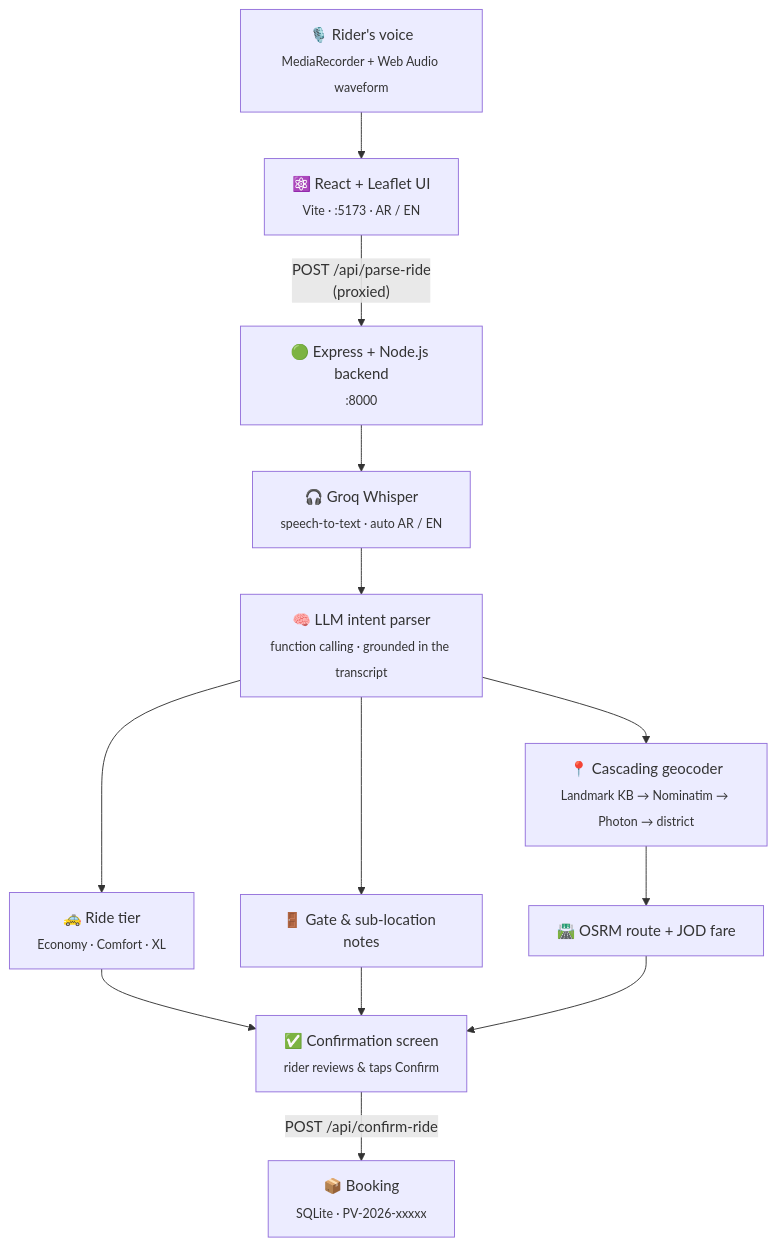
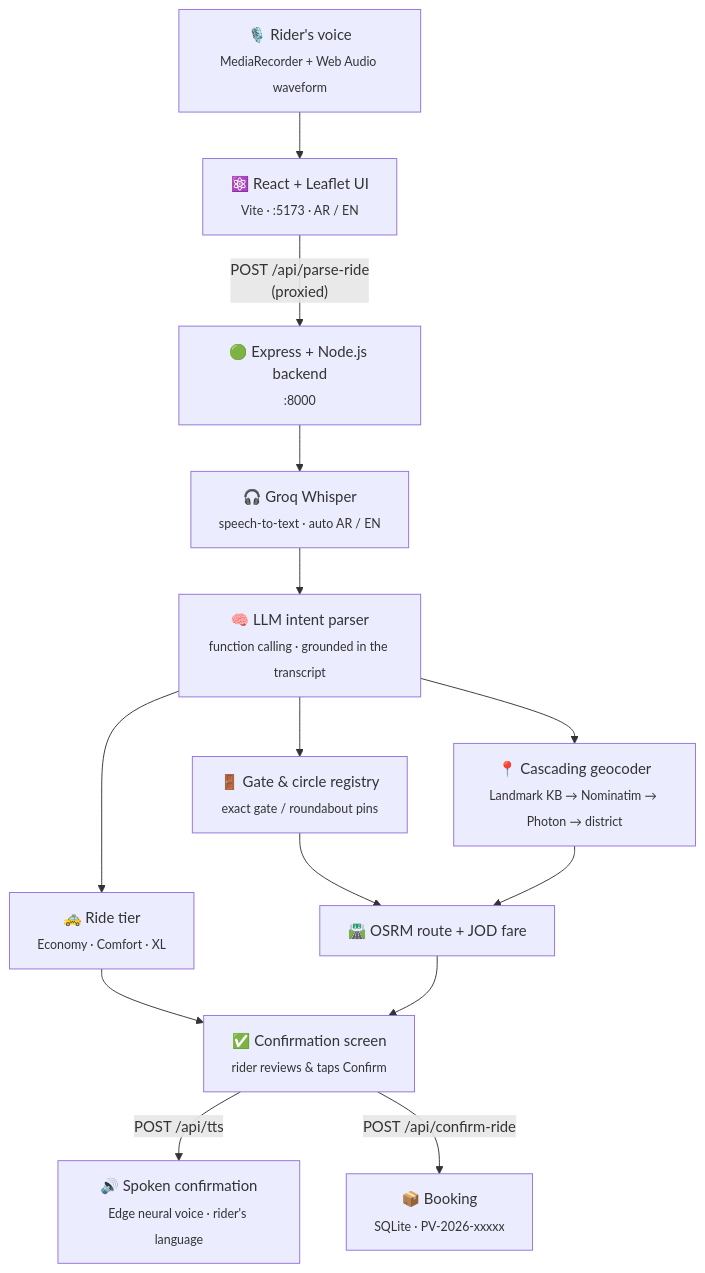
Before and after one commit to yusefalsalman/PetraVoice: the diagram in README.md, drawn with Mermaid. The commit also changed other lines of this file and 34 other files, not shown here.

````diff
--- a/README.md
+++ b/README.md
@@ -126,13 +154,14 @@
 ```mermaid
 flowchart TD
     A["🎙️ Rider's voice<br/><sub>MediaRecorder + Web Audio waveform</sub>"] --> B
     B["⚛️ React + Leaflet UI<br/><sub>Vite · :5173 · AR / EN</sub>"] -->|"POST /api/parse-ride<br/>(proxied)"| C
     C["🟢 Express + Node.js backend<br/><sub>:8000</sub>"] --> D["🎧 Groq Whisper<br/><sub>speech-to-text · auto AR / EN</sub>"]
     D --> E["🧠 LLM intent parser<br/><sub>function calling · grounded in the transcript</sub>"]
     E --> F["🚕 Ride tier<br/><sub>Economy · Comfort · XL</sub>"]
-    E --> G["🚪 Gate & sub-location notes"]
+    E --> G["🚪 Gate & circle registry<br/><sub>exact gate / roundabout pins</sub>"]
     E --> H["📍 Cascading geocoder<br/><sub>Landmark KB → Nominatim → Photon → district</sub>"]
-    H --> I["🛣️ OSRM route + JOD fare"]
-    F & G & I --> J["✅ Confirmation screen<br/><sub>rider reviews & taps Confirm</sub>"]
+    G & H --> I["🛣️ OSRM route + JOD fare"]
+    F & I --> J["✅ Confirmation screen<br/><sub>rider reviews & taps Confirm</sub>"]
+    J -->|"POST /api/tts"| L["🔊 Spoken confirmation<br/><sub>Edge neural voice · rider's language</sub>"]
     J -->|"POST /api/confirm-ride"| K["📦 Booking<br/><sub>SQLite · PV-2026-xxxxx</sub>"]
 ```
````
